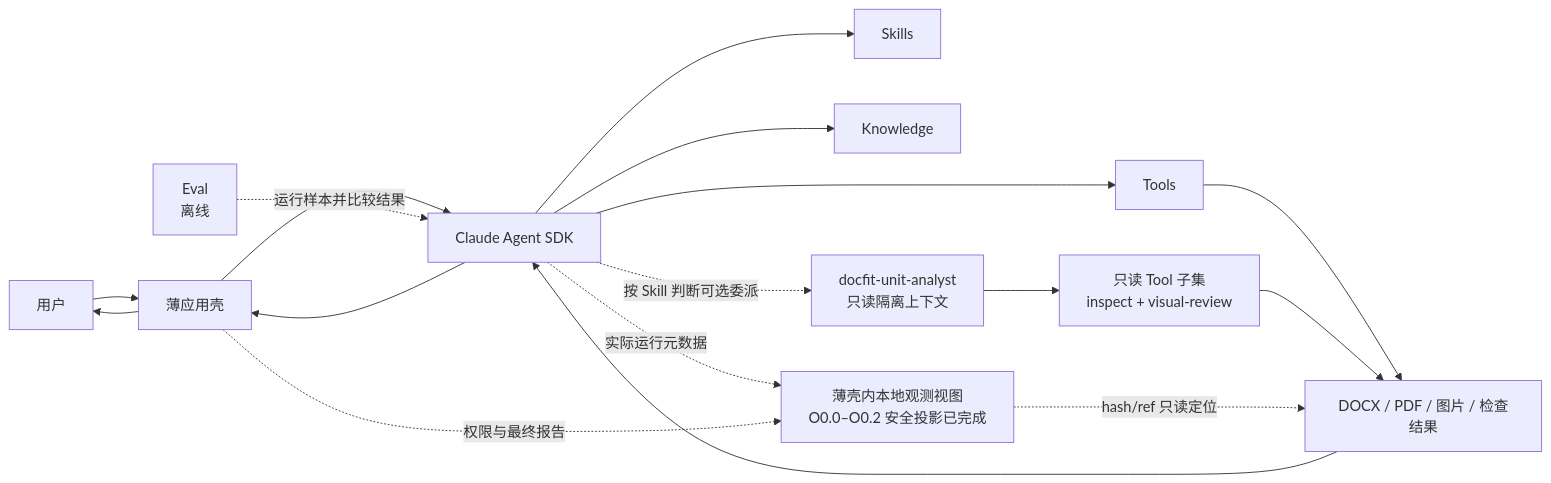
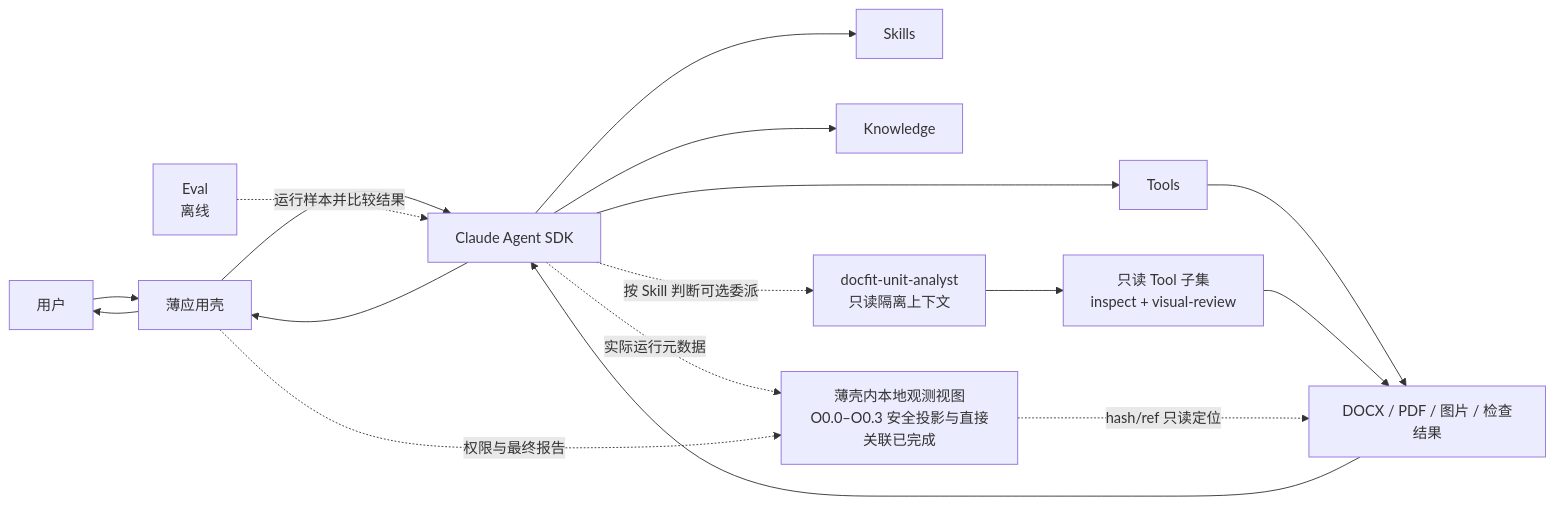
One commit to bamao88/0730 changed the diagram in docs/docfit-01-architecture-core.md. Above: the diagram before and after it, drawn with Mermaid. The commit also changed other lines of this file and 13 other files, not shown here.

````diff
--- a/docs/docfit-01-architecture-core.md
+++ b/docs/docfit-01-architecture-core.md
@@ -83,19 +83,19 @@
 ```mermaid
 flowchart LR
     U["用户"] --> A["薄应用壳"]
     A --> SDK["Claude Agent SDK"]
     SDK --> S["Skills"]
     SDK --> K["Knowledge"]
     SDK --> T["Tools"]
     SDK -."按 Skill 判断可选委派".-> SA["docfit-unit-analyst<br/>只读隔离上下文"]
     SA --> RT["只读 Tool 子集<br/>inspect + visual-review"]
     T --> F["DOCX / PDF / 图片 / 检查结果"]
     RT --> F
     F --> SDK
     SDK --> A
     A --> U
-    SDK -."实际运行元数据".-> O["薄壳内本地观测视图<br/>O0.0–O0.2 安全投影已完成"]
+    SDK -."实际运行元数据".-> O["薄壳内本地观测视图<br/>O0.0–O0.3 安全投影与直接关联已完成"]
     A -."权限与最终报告".-> O
     O -."hash/ref 只读定位".-> F
     E["Eval<br/>离线"] -.运行样本并比较结果.-> SDK
 ```
````
